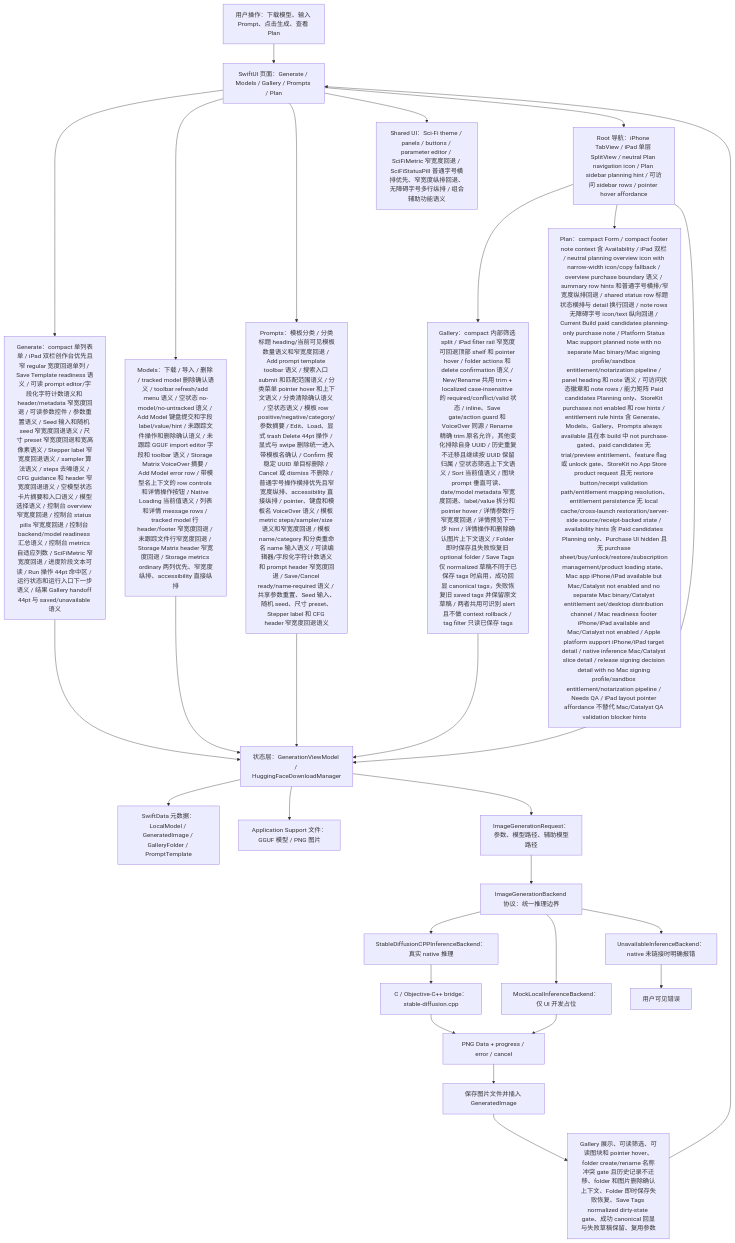
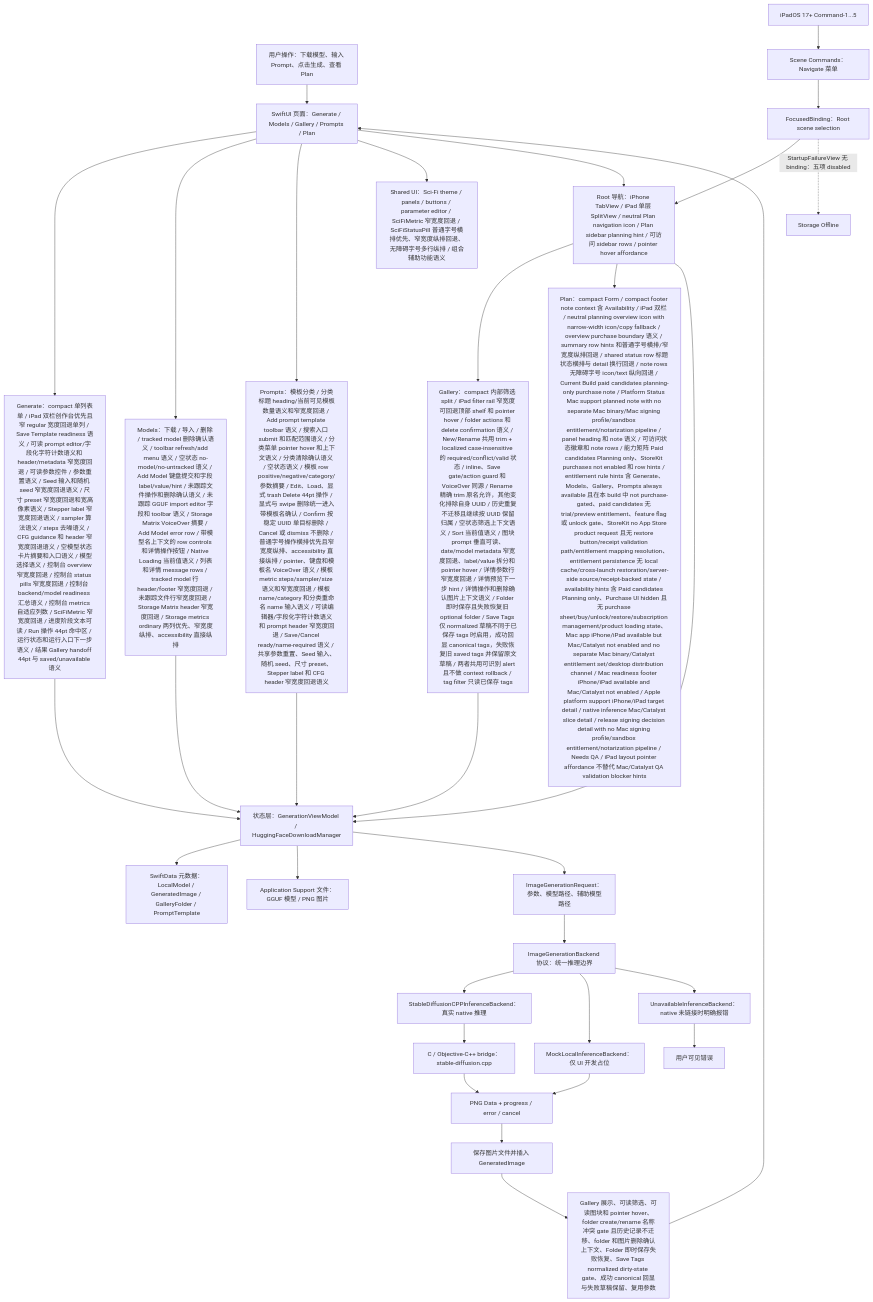
The first of 7 diagrams in md/flow/flowchart.md (Altman-sam114/118), drawn with Mermaid before and after one commit. The commit also changed 6 other files, not shown here.

First line of the commit message:
v1.157: Add iPad section keyboard commands

````diff
--- a/md/flow/flowchart.md
+++ b/md/flow/flowchart.md
@@ -9,30 +9,34 @@
 ```mermaid
 flowchart TD
   U["用户操作：下载模型、输入 Prompt、点击生成、查看 Plan"] --> UI["SwiftUI 页面：Generate / Models / Gallery / Prompts / Plan"]
   UI --> GENUI["Generate：compact 单列表单 / iPad 双栏创作台优先且窄 regular 宽度回退单列 / Save Template readiness 语义 / 可读 prompt editor/字段化字符计数语义和 header/metadata 窄宽度回退 / 可读参数控件 / 参数重置语义 / Seed 输入和随机 seed 窄宽度回退语义 / 尺寸 preset 窄宽度回退和宽高像素语义 / Stepper label 窄宽度回退语义 / sampler 算法语义 / steps 去噪语义 / CFG guidance 和 header 窄宽度回退语义 / 空模型状态卡片摘要和入口语义 / 模型选择语义 / 控制台 overview 窄宽度回退 / 控制台 status pills 窄宽度回退 / 控制台 backend/model readiness 汇总语义 / 控制台 metrics 自适应列数 / SciFiMetric 窄宽度回退 / 进度阶段文本可读 / Run 操作 44pt 命中区 / 运行状态和运行入口下一步语义 / 结果 Gallery handoff 44pt 与 saved/unavailable 语义"]
   UI --> MODELUI["Models：下载 / 导入 / 删除 / tracked model 删除确认语义 / toolbar refresh/add menu 语义 / 空状态 no-model/no-untracked 语义 / Add Model 键盘提交和字段 label/value/hint / 未跟踪文件操作和删除确认语义 / 未跟踪 GGUF import editor 字段和 toolbar 语义 / Storage Matrix VoiceOver 摘要 / Add Model error row / 带模型名上下文的 row controls 和详情操作按钮 / Native Loading 当前值语义 / 列表和详情 message rows / tracked model 行 header/footer 窄宽度回退 / 未跟踪文件行窄宽度回退 / Storage Matrix header 窄宽度回退 / Storage metrics ordinary 两列优先、窄宽度纵排、accessibility 直接纵排"]
   UI --> PROMPTUI["Prompts：模板分类 / 分类标题 heading/当前可见模板数量语义和窄宽度回退 / Add prompt template toolbar 语义 / 搜索入口 submit 和匹配范围语义 / 分类菜单 pointer hover 和上下文语义 / 分类清除确认语义 / 空状态语义 / 模板 row positive/negative/category/参数摘要 / Edit、Load、显式 trash Delete 44pt 操作 / 显式与 swipe 删除统一进入带模板名确认 / Confirm 按稳定 UUID 单目标删除 / Cancel 或 dismiss 不删除 / 普通字号操作横排优先且窄宽度纵排、accessibility 直接纵排 / pointer、键盘和模板名 VoiceOver 语义 / 模板 metric steps/sampler/size 语义和窄宽度回退 / 模板 name/category 和分类重命名 name 输入语义 / 可读编辑器/字段化字符计数语义和 prompt header 窄宽度回退 / Save/Cancel ready/name-required 语义 / 共享参数重置、Seed 输入、随机 seed、尺寸 preset、Stepper label 和 CFG header 窄宽度回退语义"]
   UI --> SHAREDUI["Shared UI：Sci-Fi theme / panels / buttons / parameter editor / SciFiMetric 窄宽度回退 / SciFiStatusPill 普通字号横排优先、窄宽度纵排回退、无障碍字号多行纵排 / 组合辅助功能语义"]
   UI --> NAV["Root 导航：iPhone TabView / iPad 单层 SplitView / neutral Plan navigation icon / Plan sidebar planning hint / 可访问 sidebar rows / pointer hover affordance"]
+  KEYBOARD["iPadOS 17+ Command-1...5"] --> COMMANDS["Scene Commands：Navigate 菜单"]
+  COMMANDS --> FOCUSED["FocusedBinding：Root scene selection"]
+  FOCUSED --> NAV
+  FOCUSED -. "StartupFailureView 无 binding：五项 disabled" .-> STARTUP["Storage Offline"]
   NAV --> GALUI["Gallery：compact 内部筛选 split / iPad filter rail 窄宽度可回退顶部 shelf 和 pointer hover / folder actions 和 delete confirmation 语义 / New/Rename 共用 trim + localized case-insensitive 的 required/conflict/valid 状态 / inline、Save gate/action guard 和 VoiceOver 同源 / Rename 精确 trim 原名允许，其他变化排除自身 UUID / 历史重复不迁移且继续按 UUID 保留归属 / 空状态筛选上下文语义 / Sort 当前值语义 / 图块 prompt 垂直可读、date/model metadata 窄宽度回退、label/value 拆分和 pointer hover / 详情参数行窄宽度回退 / 详情预览下一步 hint / 详情操作和删除确认图片上下文语义 / Folder 即时保存且失败恢复旧 optional folder / Save Tags 仅 normalized 草稿不同于已保存 tags 时启用，成功回显 canonical tags，失败恢复旧 saved tags 并保留原文草稿 / 两者共用可识别 alert 且不做 context rollback / tag filter 只读已保存 tags"]
   NAV --> PLANUI["Plan：compact Form / compact footer note context 含 Availability / iPad 双栏 / neutral planning overview icon with narrow-width icon/copy fallback / overview purchase boundary 语义 / summary row hints 和普通字号横排/窄宽度纵排回退 / shared status row 标题状态横排与 detail 换行回退 / note rows 无障碍字号 icon/text 纵向回退 / Current Build paid candidates planning-only purchase note / Platform Status Mac support planned note with no separate Mac binary/Mac signing profile/sandbox entitlement/notarization pipeline / panel heading 和 note 语义 / 可访问状态徽章和 note rows / 能力矩阵 Paid candidates Planning only、StoreKit purchases not enabled 和 row hints / entitlement rule hints 含 Generate、Models、Gallery、Prompts always available 且在本 build 中 not purchase-gated、paid candidates 无 trial/preview entitlement、feature flag 或 unlock gate、StoreKit no App Store product request 且无 restore button/receipt validation path/entitlement mapping resolution、entitlement persistence 无 local cache/cross-launch restoration/server-side source/receipt-backed state / availability hints 含 Paid candidates Planning only、Purchase UI hidden 且无 purchase sheet/buy/unlock/restore/subscription management/product loading state、Mac app iPhone/iPad available but Mac/Catalyst not enabled and no separate Mac binary/Catalyst entitlement set/desktop distribution channel / Mac readiness footer iPhone/iPad available and Mac/Catalyst not enabled / Apple platform support iPhone/iPad target detail / native inference Mac/Catalyst slice detail / release signing decision detail with no Mac signing profile/sandbox entitlement/notarization pipeline / Needs QA / iPad layout pointer affordance 不替代 Mac/Catalyst QA validation blocker hints"]
   NAV --> VM["状态层：GenerationViewModel / HuggingFaceDownloadManager"]
   GENUI --> VM
   MODELUI --> VM
   PROMPTUI --> VM
   GALUI --> VM
   VM --> SD["SwiftData 元数据：LocalModel / GeneratedImage / GalleryFolder / PromptTemplate"]
   VM --> FS["Application Support 文件：GGUF 模型 / PNG 图片"]
   VM --> REQ["ImageGenerationRequest：参数、模型路径、辅助模型路径"]
   REQ --> IFACE["ImageGenerationBackend 协议：统一推理边界"]
   IFACE --> NATIVE["StableDiffusionCPPInferenceBackend：真实 native 推理"]
   IFACE --> MOCK["MockLocalInferenceBackend：仅 UI 开发占位"]
   IFACE --> OFF["UnavailableInferenceBackend：native 未链接时明确报错"]
   NATIVE --> BRIDGE["C / Objective-C++ bridge：stable-diffusion.cpp"]
   BRIDGE --> PNG["PNG Data + progress / error / cancel"]
   MOCK --> PNG
   OFF --> ERR["用户可见错误"]
   PNG --> SAVE["保存图片文件并插入 GeneratedImage"]
   SAVE --> GALLERY["Gallery 展示、可读筛选、可读图块和 pointer hover、folder create/rename 名称冲突 gate 且历史记录不迁移、folder 和图片删除确认上下文、Folder 即时保存失败恢复、Save Tags normalized dirty-state gate、成功 canonical 回显与失败草稿保留、复用参数"]
   GALLERY --> UI
 ```
````
